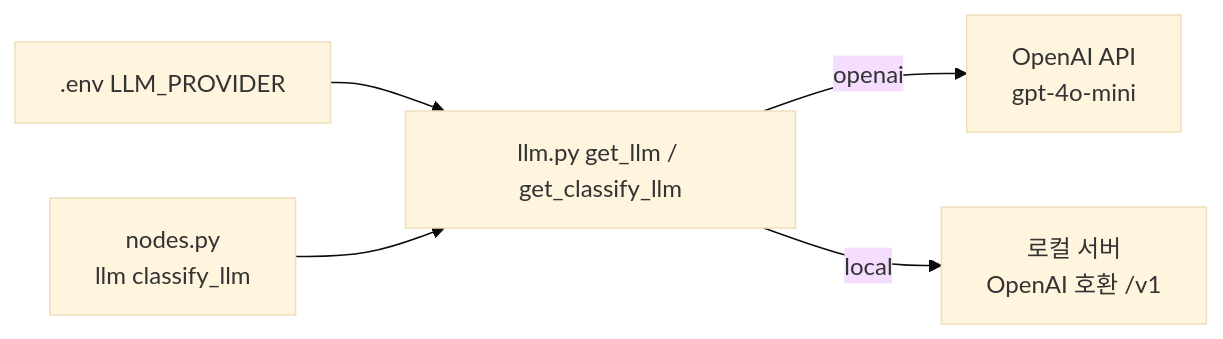
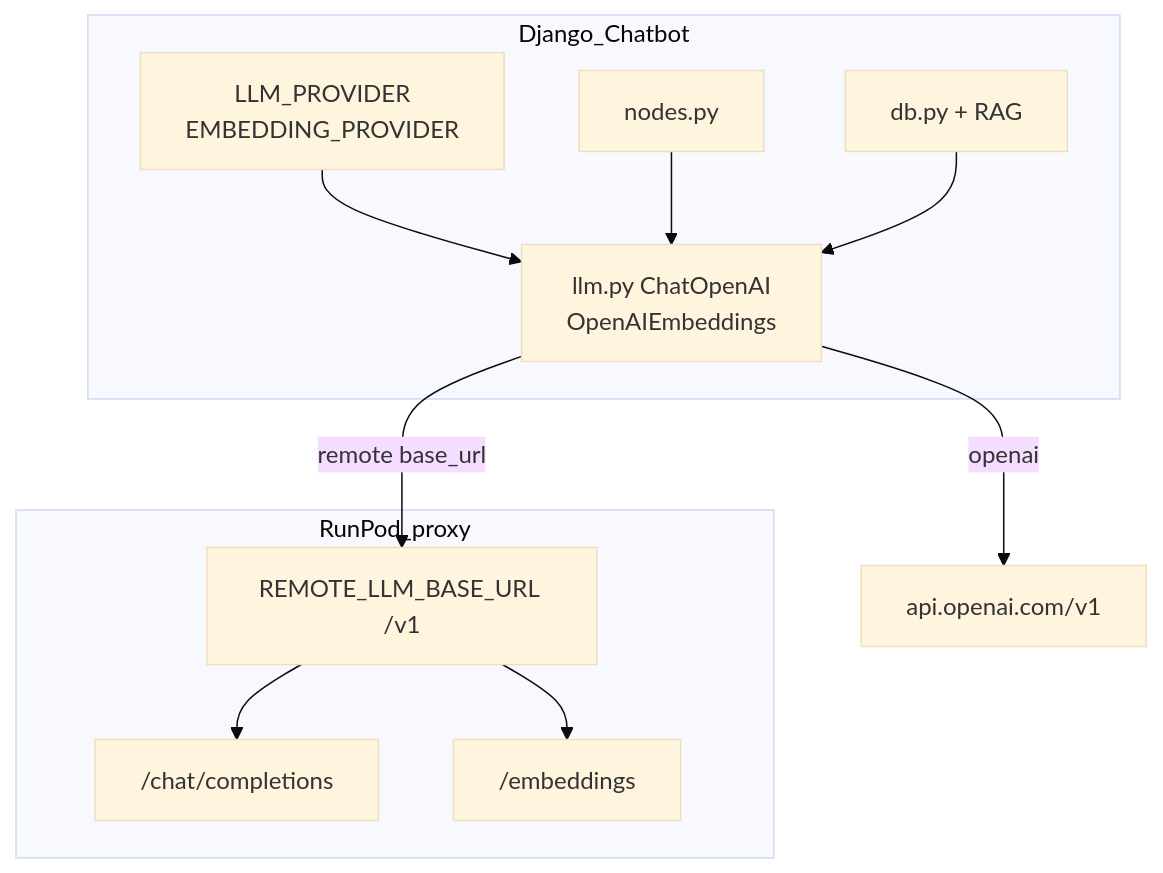
Before and after one commit to EJ-pro/SKN27-4th-4team: the second of 3 diagrams in docs/에픽04-로컬-LLM-연동.md, drawn with Mermaid (base theme). The commit also changed other lines of this file and 3 other files, not shown here.

````diff
--- a/docs/에픽04-로컬-LLM-연동.md
+++ b/docs/에픽04-로컬-LLM-연동.md
@@ -59,12 +254,22 @@
 ```mermaid
-flowchart LR
-  Env[".env LLM_PROVIDER"]
-  Factory["llm.py get_llm / get_classify_llm"]
-  OpenAI["OpenAI API\ngpt-4o-mini"]
-  Local["로컬 서버\nOpenAI 호환 /v1"]
-  Nodes["nodes.py\nllm classify_llm"]
-  Env --> Factory
+flowchart TB
+  subgraph sender [Django_Chatbot]
+    Env["LLM_PROVIDER\nEMBEDDING_PROVIDER"]
+    Factory["llm.py ChatOpenAI\nOpenAIEmbeddings"]
+    Nodes["nodes.py"]
+    DB["db.py + RAG"]
+    Env --> Factory
+    Nodes --> Factory
+    DB --> Factory
+  end
+  subgraph runpod [RunPod_proxy]
+    Base["REMOTE_LLM_BASE_URL /v1"]
+    ChatAPI["/chat/completions"]
+    EmbAPI["/embeddings"]
+    Base --> ChatAPI
+    Base --> EmbAPI
+  end
+  OpenAI["api.openai.com/v1"]
   Factory -->|"openai"| OpenAI
-  Factory -->|"local"| Local
-  Nodes --> Factory
+  Factory -->|"remote base_url"| Base
 ```
````
